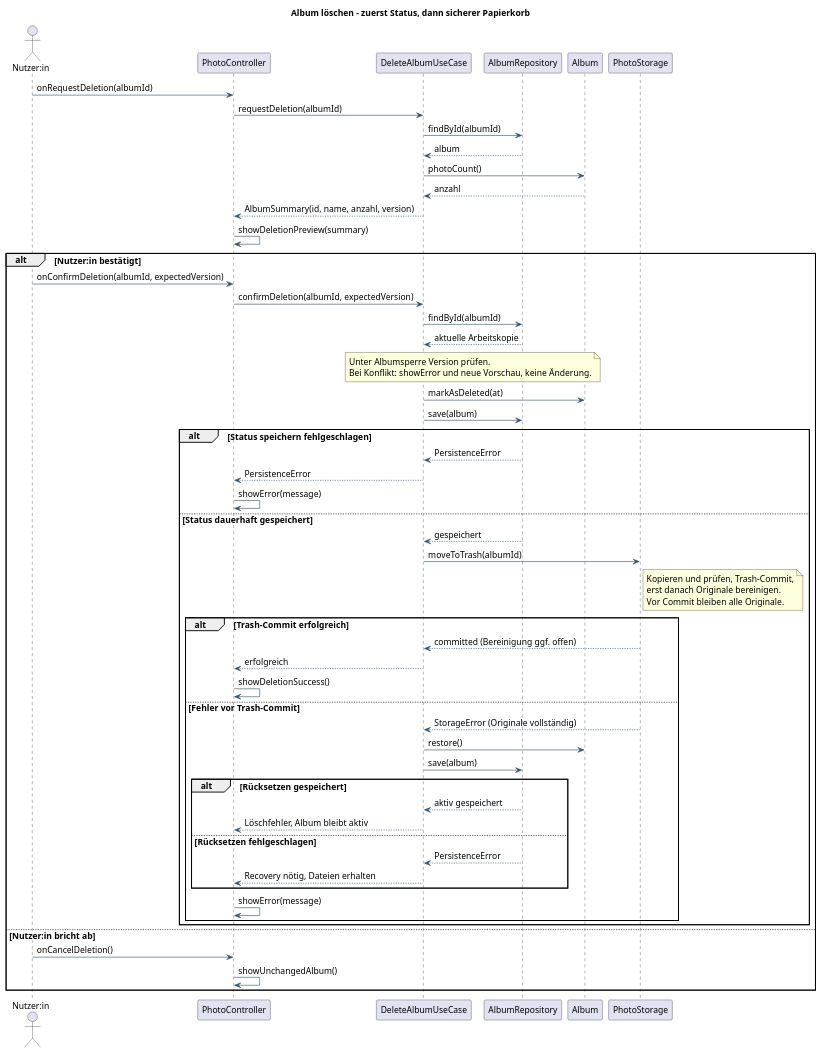
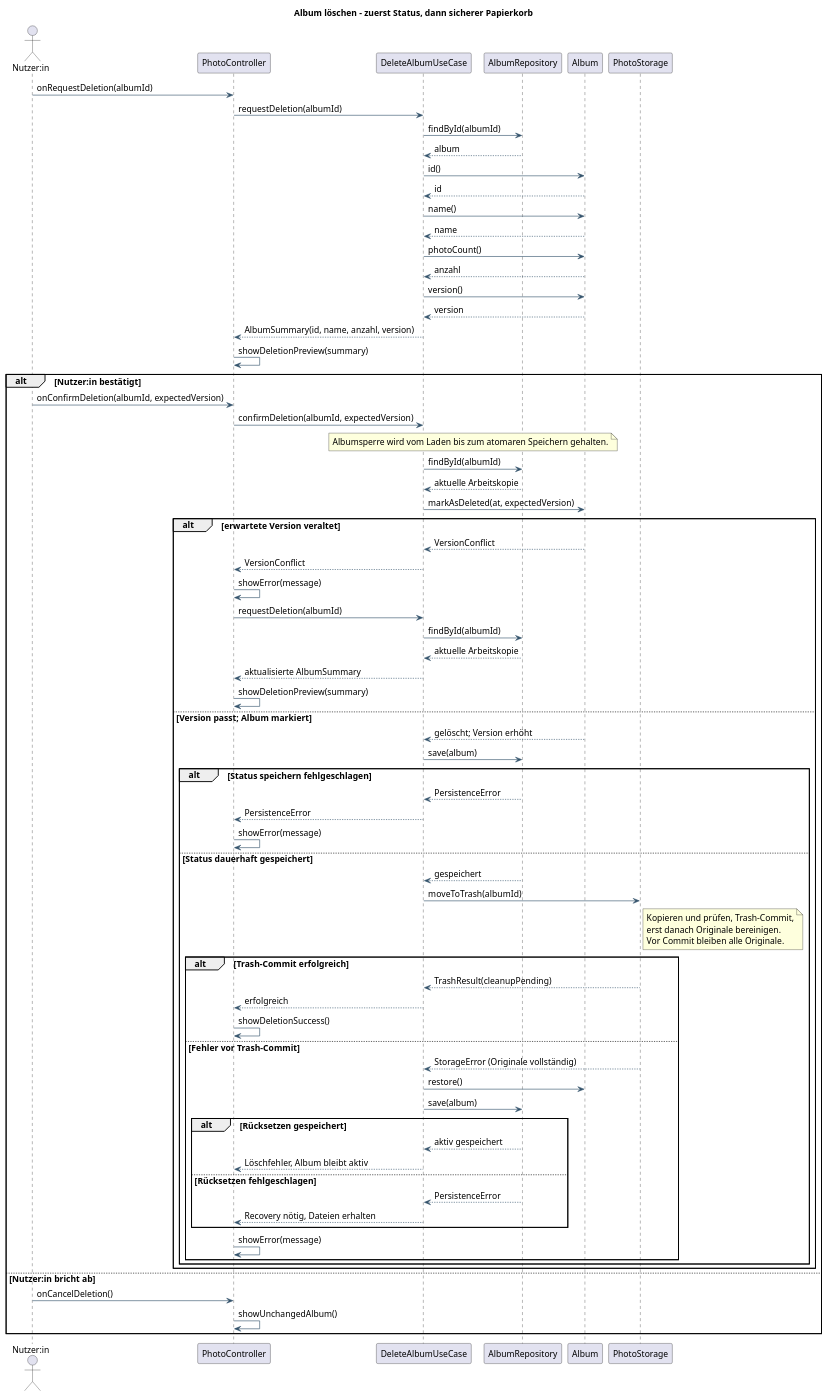
Before and after one commit to ichessebaeume1/PhotoApp: the diagram in docs/design/album-loeschen.puml, drawn with PlantUML. The commit also changed 13 other files, not shown here.

```diff
--- a/docs/design/album-loeschen.puml
+++ b/docs/design/album-loeschen.puml
@@ -1,71 +1,88 @@
 @startuml
 skinparam backgroundColor white
 skinparam shadowing false
 skinparam defaultFontName SansSerif
 skinparam defaultFontSize 14
 skinparam classAttributeIconSize 0
 skinparam packageStyle rectangle
 skinparam ArrowColor #34536B
 skinparam classBackgroundColor #F1F6FA
 skinparam classBorderColor #34536B
 title Album löschen – zuerst Status, dann sicherer Papierkorb
 actor "Nutzer:in" as User
 participant PhotoController as UI
 participant DeleteAlbumUseCase as UC
 participant AlbumRepository as Repo
 participant Album
 participant PhotoStorage as Storage
 User -> UI : onRequestDeletion(albumId)
 UI -> UC : requestDeletion(albumId)
 UC -> Repo : findById(albumId)
 Repo --> UC : album
+UC -> Album : id()
+Album --> UC : id
+UC -> Album : name()
+Album --> UC : name
 UC -> Album : photoCount()
 Album --> UC : anzahl
+UC -> Album : version()
+Album --> UC : version
 UC --> UI : AlbumSummary(id, name, anzahl, version)
 UI -> UI : showDeletionPreview(summary)
 alt Nutzer:in bestätigt
  User -> UI : onConfirmDeletion(albumId, expectedVersion)
  UI -> UC : confirmDeletion(albumId, expectedVersion)
+ note over UC,Repo
+ Albumsperre wird vom Laden bis zum atomaren Speichern gehalten.
+ end note
  UC -> Repo : findById(albumId)
  Repo --> UC : aktuelle Arbeitskopie
- note over UC,Repo
-Unter Albumsperre Version prüfen.
-Bei Konflikt: showError und neue Vorschau, keine Änderung.
-end note
- UC -> Album : markAsDeleted(at)
- UC -> Repo : save(album)
- alt Status speichern fehlgeschlagen
-  Repo --> UC : PersistenceError
-  UC --> UI : PersistenceError
+ UC -> Album : markAsDeleted(at, expectedVersion)
+ alt erwartete Version veraltet
+  Album --> UC : VersionConflict
+  UC --> UI : VersionConflict
   UI -> UI : showError(message)
- else Status dauerhaft gespeichert
-  Repo --> UC : gespeichert
-  UC -> Storage : moveToTrash(albumId)
-  note right of Storage
-   Kopieren und prüfen, Trash-Commit,
-   erst danach Originale bereinigen.
-   Vor Commit bleiben alle Originale.
-  end note
-  alt Trash-Commit erfolgreich
-   Storage --> UC : committed (Bereinigung ggf. offen)
+  UI -> UC : requestDeletion(albumId)
+  UC -> Repo : findById(albumId)
+  Repo --> UC : aktuelle Arbeitskopie
+  UC --> UI : aktualisierte AlbumSummary
+  UI -> UI : showDeletionPreview(summary)
+ else Version passt; Album markiert
+  Album --> UC : gelöscht; Version erhöht
+  UC -> Repo : save(album)
+  alt Status speichern fehlgeschlagen
+   Repo --> UC : PersistenceError
+   UC --> UI : PersistenceError
+   UI -> UI : showError(message)
+  else Status dauerhaft gespeichert
+   Repo --> UC : gespeichert
+   UC -> Storage : moveToTrash(albumId)
+   note right of Storage
+    Kopieren und prüfen, Trash-Commit,
+    erst danach Originale bereinigen.
+    Vor Commit bleiben alle Originale.
+   end note
+   alt Trash-Commit erfolgreich
+    Storage --> UC : TrashResult(cleanupPending)
    UC --> UI : erfolgreich
    UI -> UI : showDeletionSuccess()
-  else Fehler vor Trash-Commit
-   Storage --> UC : StorageError (Originale vollständig)
-   UC -> Album : restore()
-   UC -> Repo : save(album)
-   alt Rücksetzen gespeichert
-    Repo --> UC : aktiv gespeichert
-    UC --> UI : Löschfehler, Album bleibt aktiv
-   else Rücksetzen fehlgeschlagen
-    Repo --> UC : PersistenceError
-    UC --> UI : Recovery nötig, Dateien erhalten
+   else Fehler vor Trash-Commit
+    Storage --> UC : StorageError (Originale vollständig)
+    UC -> Album : restore()
+    UC -> Repo : save(album)
+    alt Rücksetzen gespeichert
+     Repo --> UC : aktiv gespeichert
+     UC --> UI : Löschfehler, Album bleibt aktiv
+    else Rücksetzen fehlgeschlagen
+     Repo --> UC : PersistenceError
+     UC --> UI : Recovery nötig, Dateien erhalten
+    end
+    UI -> UI : showError(message)
    end
-   UI -> UI : showError(message)
   end
  end
 else Nutzer:in bricht ab
  User -> UI : onCancelDeletion()
  UI -> UI : showUnchangedAlbum()
 end
 @enduml
```
